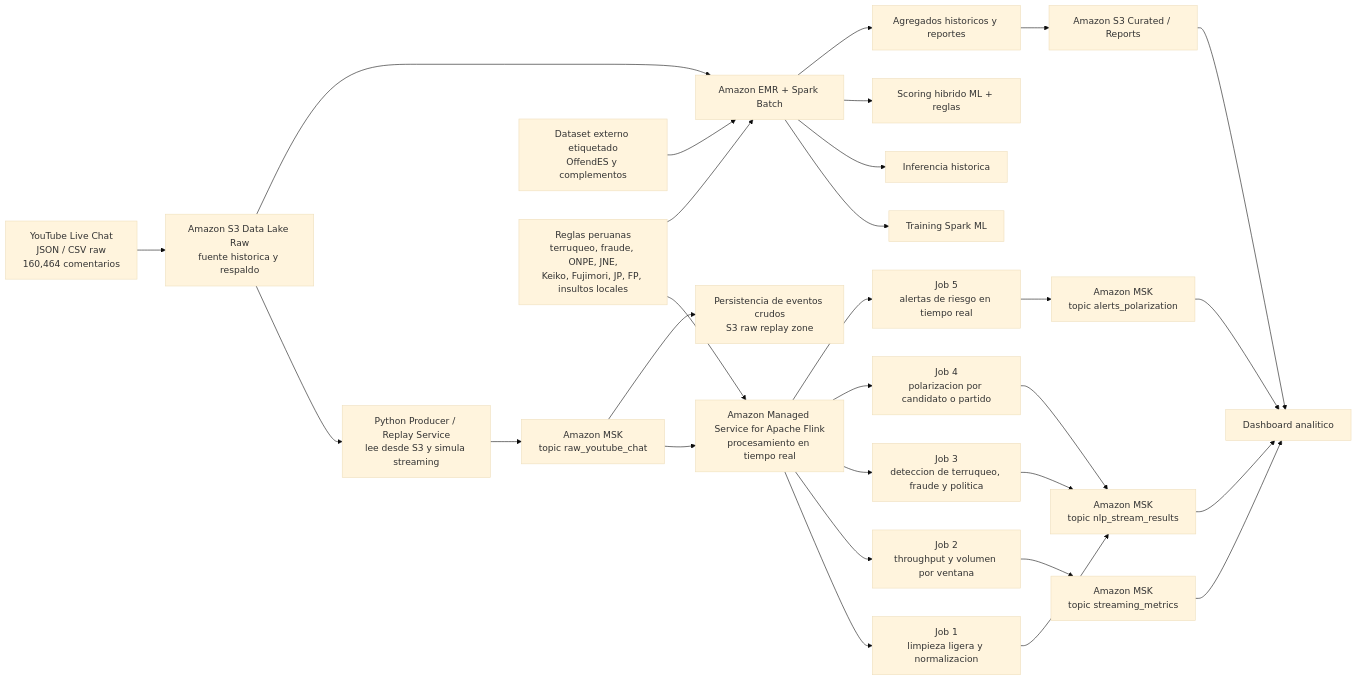
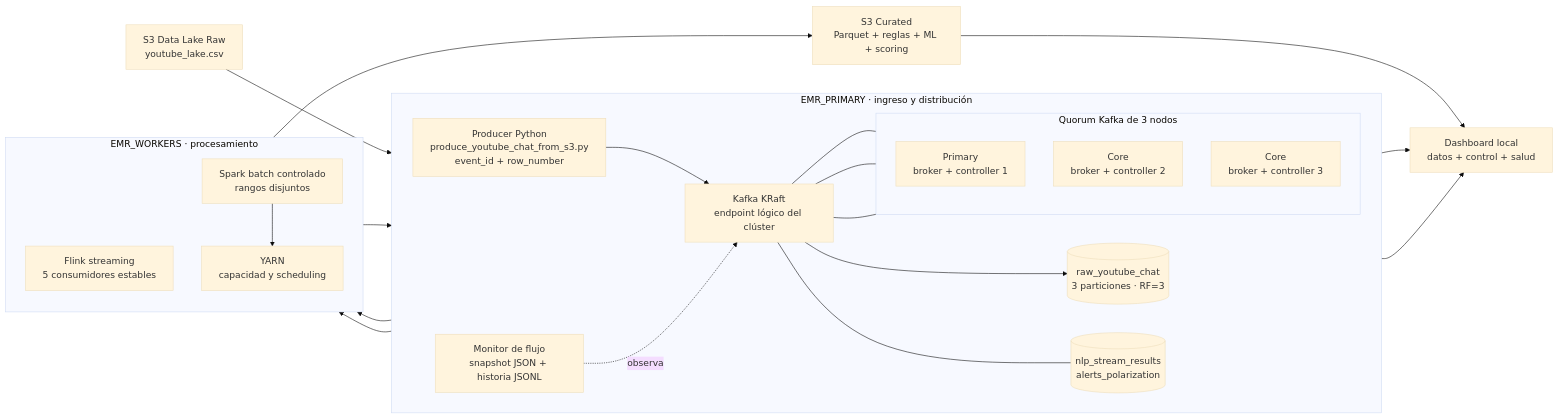
One commit to LaterSpec/bigdata-spark-flink changed the first of 4 diagrams in architecture.md. Above: the diagram before and after it, drawn with Mermaid (base theme). The commit also changed other lines of this file and 54 other files, not shown here.

First line of the commit message:
Update project documentation and configuration for distributed architecture

````diff
--- a/architecture.md
+++ b/architecture.md
@@ -28,39 +7,47 @@
 ```mermaid
 flowchart LR
+    LAKE["S3 Data Lake Raw<br/>youtube_lake.csv"]
 
-    A["YouTube Live Chat<br/>JSON / CSV raw<br/>160,464 comentarios"] --> B["Amazon S3 Data Lake Raw<br/>fuente historica y respaldo"]
+    subgraph PRIMARY["EMR_PRIMARY · ingreso y distribución"]
+        direction LR
+        PRODUCER["Producer Python<br/>produce_youtube_chat_from_s3.py<br/>event_id + row_number"]
+        KAFKA["Kafka KRaft<br/>endpoint lógico del clúster"]
+        RAW[("raw_youtube_chat<br/>3 particiones · RF=3")]
+        RESULTS[("nlp_stream_results<br/>alerts_polarization")]
+        MONITOR["Monitor de flujo<br/>snapshot JSON + historia JSONL"]
 
-    B --> C["Python Producer / Replay Service<br/>lee desde S3 y simula streaming"]
-    C --> D["Amazon MSK<br/>topic raw_youtube_chat"]
+        subgraph QUORUM["Quorum Kafka de 3 nodos"]
+            direction TB
+            B1["Primary<br/>broker + controller 1"]
+            B2["Core<br/>broker + controller 2"]
+            B3["Core<br/>broker + controller 3"]
+        end
 
-    D --> E["Amazon Managed Service for Apache Flink<br/>procesamiento en tiempo real"]
-    D --> F["Persistencia de eventos crudos<br/>S3 raw replay zone"]
+        PRODUCER --> KAFKA --> RAW
+        KAFKA --- RESULTS
+        KAFKA --- B1
+        KAFKA --- B2
+        KAFKA --- B3
+        MONITOR -. observa .-> KAFKA
+    end
 
-    E --> G["Job 1<br/>limpieza ligera y normalizacion"]
-    E --> H["Job 2<br/>throughput y volumen por ventana"]
-    E --> I["Job 3<br/>deteccion de terruqueo, fraude y politica"]
-    E --> J["Job 4<br/>polarizacion por candidato o partido"]
-    E --> K["Job 5<br/>alertas de riesgo en tiempo real"]
+    subgraph COMPUTE["EMR_WORKERS · procesamiento"]
+        direction TB
+        FLINK["Flink streaming<br/>5 consumidores estables"]
+        SPARK["Spark batch controlado<br/>rangos disjuntos"]
+        YARN["YARN<br/>capacidad y scheduling"]
+        SPARK --> YARN
+    end
 
-    G --> L["Amazon MSK<br/>topic nlp_stream_results"]
-    H --> M["Amazon MSK<br/>topic streaming_metrics"]
-    I --> L
-    J --> L
-    K --> N["Amazon MSK<br/>topic alerts_polarization"]
+    CURATED["S3 Curated<br/>Parquet + reglas + ML + scoring"]
+    DASH["Dashboard local<br/>datos + control + salud"]
 
-    B --> O["Amazon EMR + Spark Batch"]
-    P["Dataset externo etiquetado<br/>OffendES y complementos"] --> O
-    O --> Q["Training Spark ML"]
-    O --> R["Inferencia historica"]
-    O --> S["Scoring hibrido ML + reglas"]
-    O --> T["Agregados historicos y reportes"]
-
-    W["Reglas peruanas<br/>terruqueo, fraude, ONPE, JNE,<br/>Keiko, Fujimori, JP, FP, insultos locales"] --> E
-    W --> O
-
-    L --> U["Dashboard analitico"]
-    M --> U
-    N --> U
-    T --> V["Amazon S3 Curated / Reports"]
-    V --> U
+    LAKE --> PRODUCER
+    RAW --> FLINK
+    RAW --> SPARK
+    FLINK --> RESULTS
+    SPARK --> CURATED
+    RESULTS --> DASH
+    CURATED --> DASH
+    MONITOR --> DASH
 ```
````
